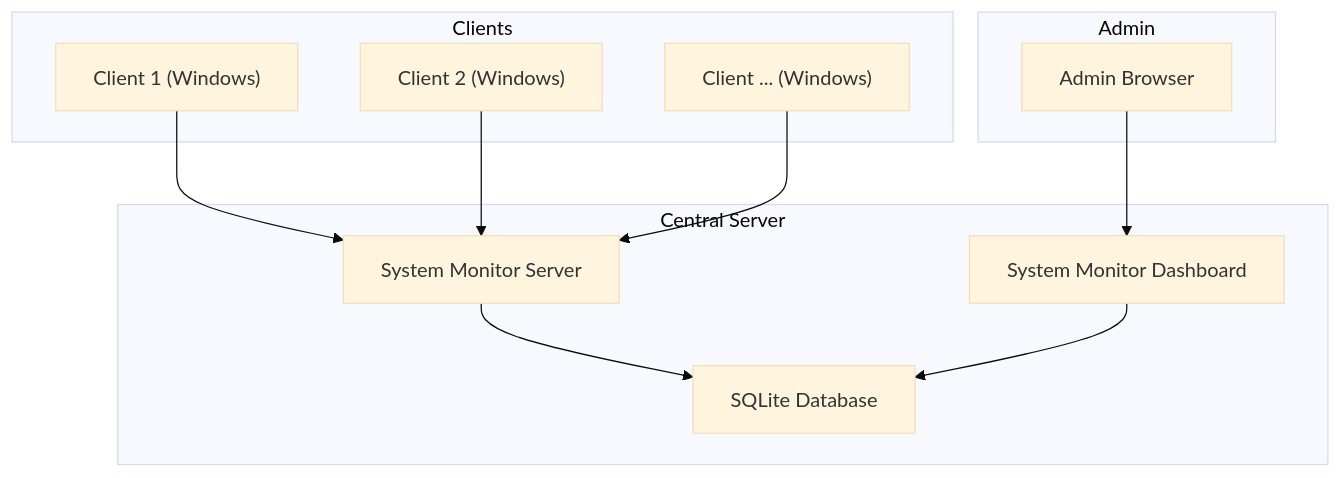
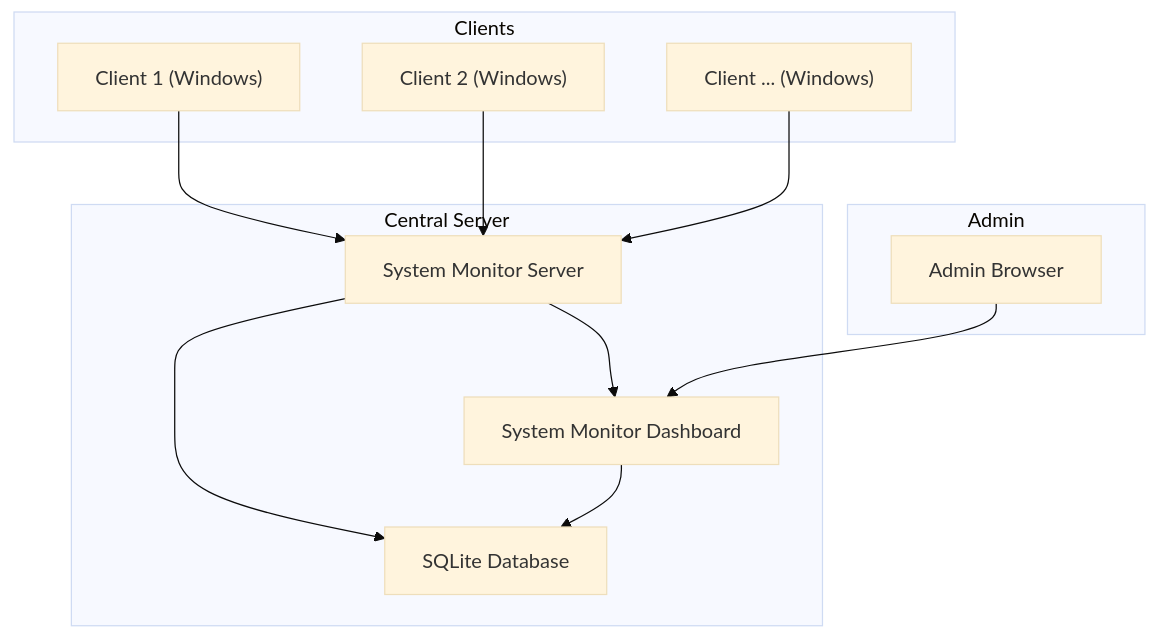
The diagram in README.md (caophuocdanh/System-Monitor), drawn with Mermaid (base theme) before and after one commit.

````diff
--- a/README.md
+++ b/README.md
@@ -63,26 +63,27 @@
 ```mermaid
 graph TD
     subgraph "Clients"
         C1["Client 1 (Windows)"]
         C2["Client 2 (Windows)"]
         C3["Client ... (Windows)"]
     end
 
     subgraph "Central Server"
         S["System Monitor Server"]
         DB["SQLite Database"]
         DASH["System Monitor Dashboard"]
     end
 
     subgraph "Admin"
         ADMIN["Admin Browser"]
     end
 
     C1 --> S
     C2 --> S
     C3 --> S
 
     S --> DB
+    S --> DASH
     DASH --> DB
     ADMIN --> DASH
 ```
````
